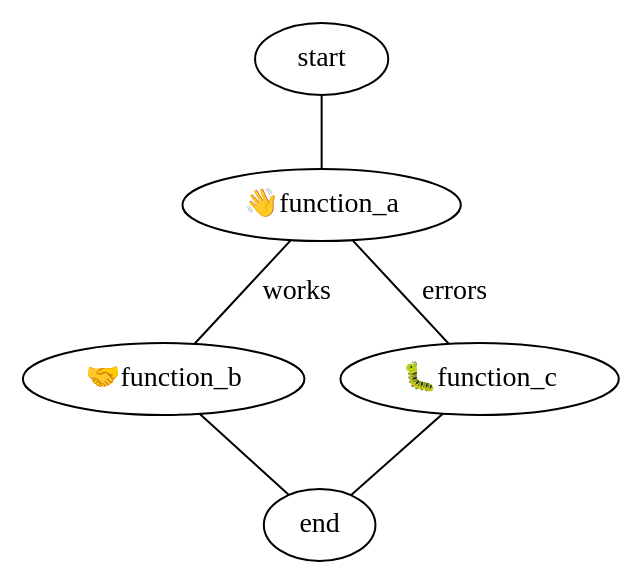
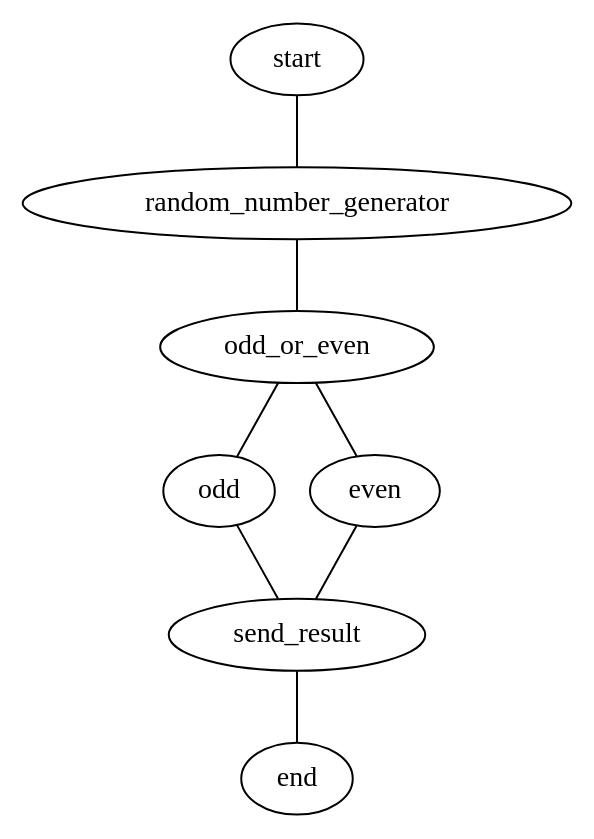
One commit to applegreengrape/serverless-ts-log changed the diagram in day-03/step-functions.dot. Above: the diagram before and after it, drawn with Graphviz. The commit also changed 14 other files, not shown here.

```diff
--- a/day-03/step-functions.dot
+++ b/day-03/step-functions.dot
@@ -1,7 +1,9 @@
 graph {
-    start -- 👋function_a;
-    👋function_a -- 🤝function_b [label="works"];
-    👋function_a -- 🐛function_c [label="errors"];
-    🤝function_b -- end;
-    🐛function_c -- end;
+    start -- random_number_generator;
+    random_number_generator -- odd_or_even;
+    odd_or_even -- odd;
+    odd_or_even -- even;
+    odd -- send_result;
+    even -- send_result;
+    send_result -- end;
 }
```
